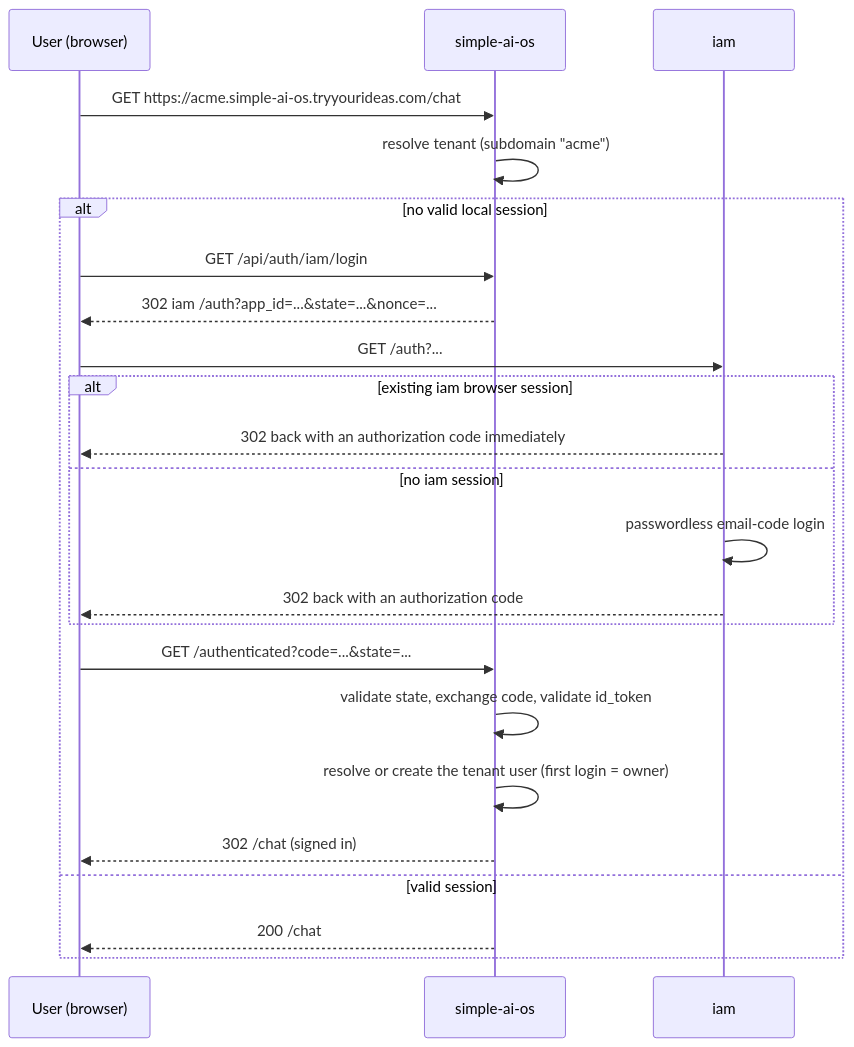
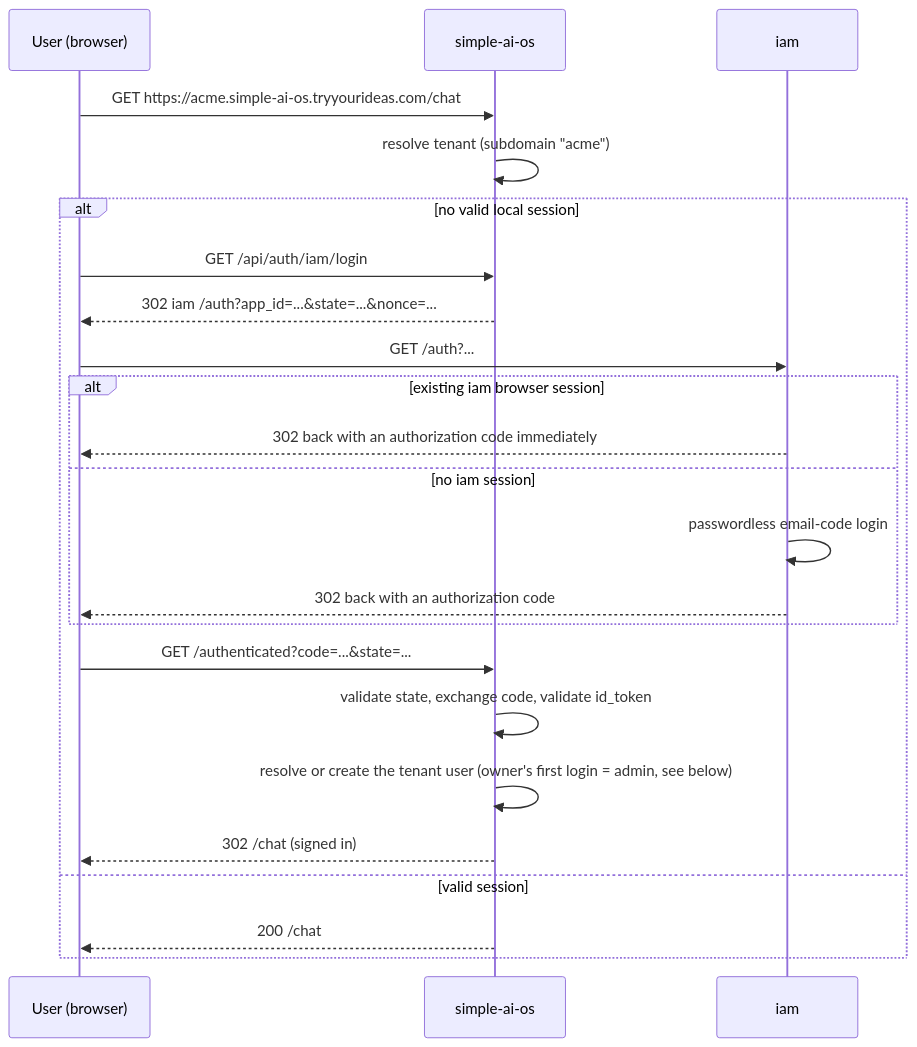
The first of 2 diagrams in docs/user-guides/manual.md (jlabrada71/simple-ai-os), drawn with Mermaid before and after one commit. The commit also changed other lines of this file and 4 other files, not shown here.

Commit message:
docs: record tenant-admin promotion UI (ADR, backlog, changes, user-guides)

````diff
--- a/docs/user-guides/manual.md
+++ b/docs/user-guides/manual.md
@@ -26,26 +26,26 @@
 ```mermaid
 sequenceDiagram
     participant U as User (browser)
     participant S as simple-ai-os
     participant I as iam
 
     U->>S: GET https://acme.simple-ai-os.tryyourideas.com/chat
     S->>S: resolve tenant (subdomain "acme")
     alt no valid local session
         U->>S: GET /api/auth/iam/login
         S-->>U: 302 iam /auth?app_id=...&state=...&nonce=...
         U->>I: GET /auth?...
         alt existing iam browser session
             I-->>U: 302 back with an authorization code immediately
         else no iam session
             I->>I: passwordless email-code login
             I-->>U: 302 back with an authorization code
         end
         U->>S: GET /authenticated?code=...&state=...
         S->>S: validate state, exchange code, validate id_token
-        S->>S: resolve or create the tenant user (first login = owner)
+        S->>S: resolve or create the tenant user (owner's first login = admin, see below)
         S-->>U: 302 /chat (signed in)
     else valid session
         S-->>U: 200 /chat
     end
 ```
````
